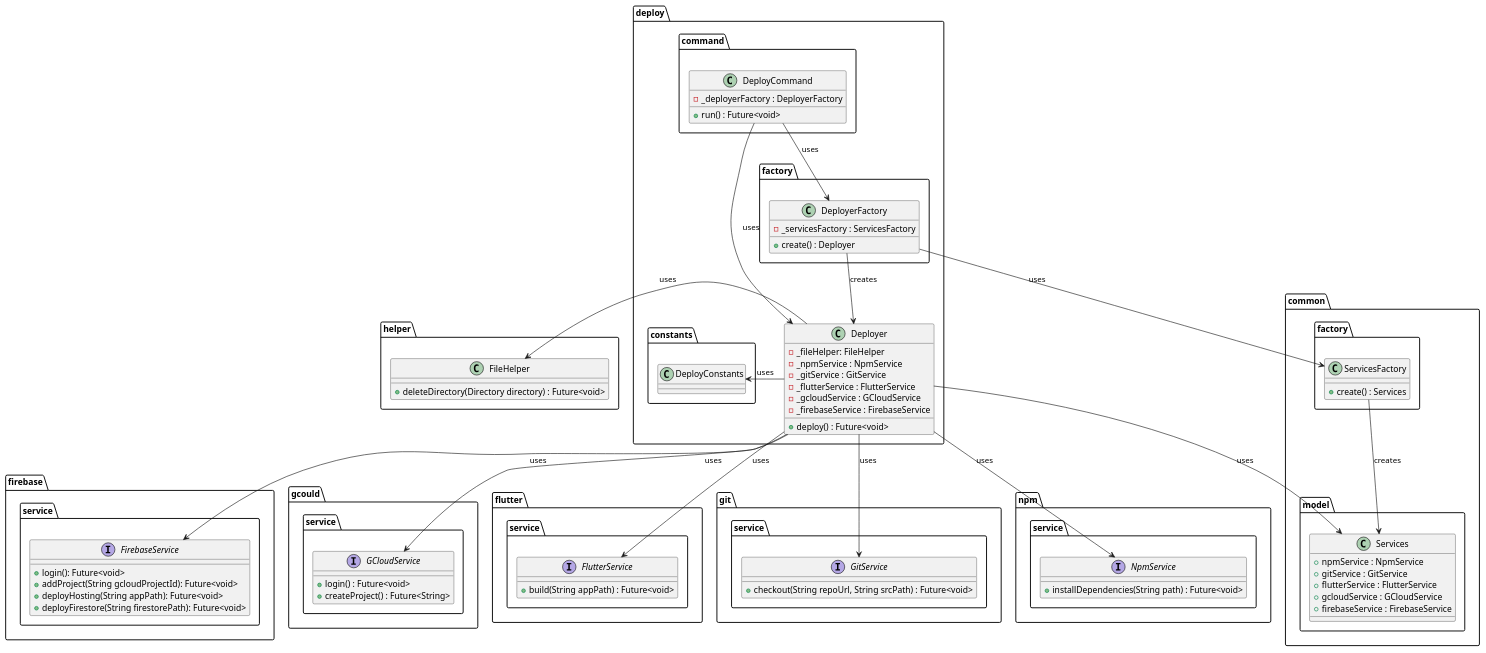
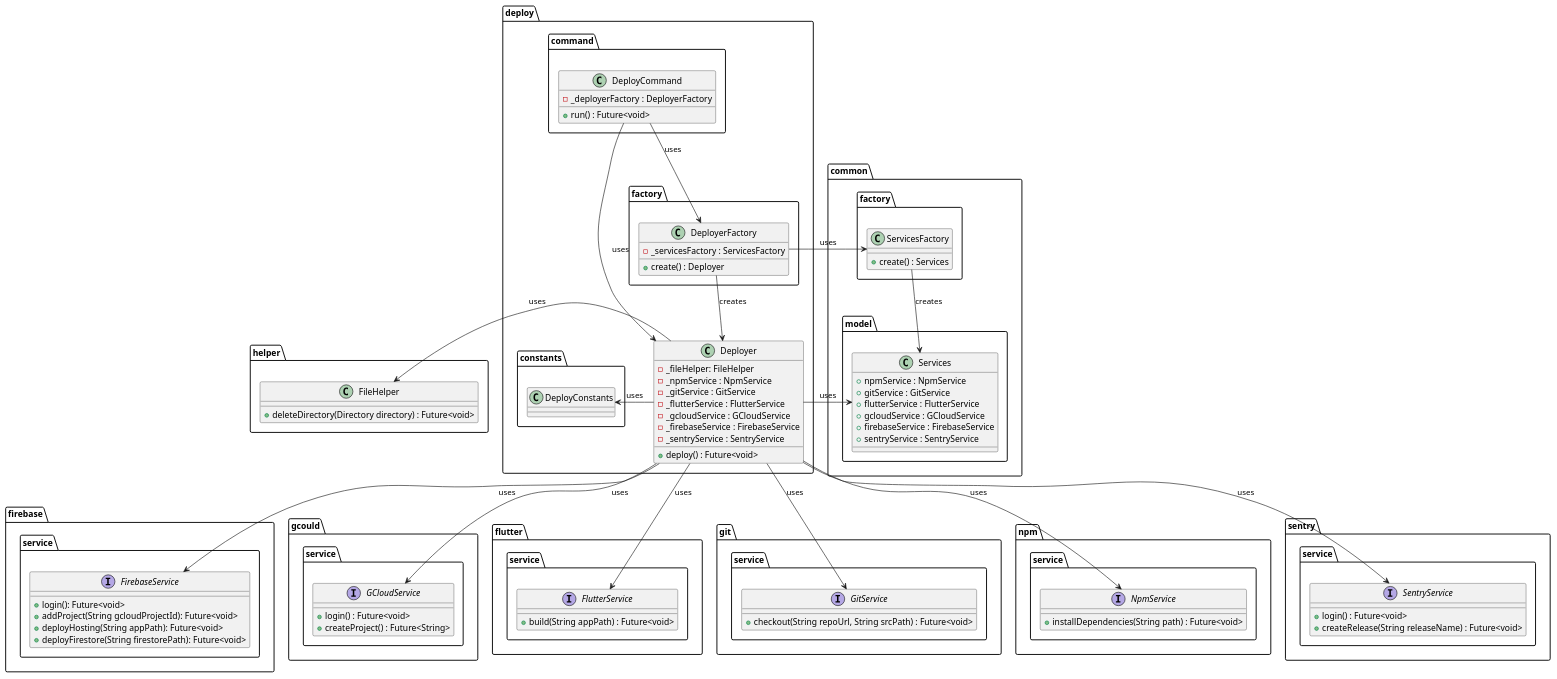
Before and after one commit to Flank/flank-dashboard: the diagram in metrics/cli/docs/diagrams/deploy_command_class_diagram.puml, drawn with PlantUML. The commit also changed 5 other files, not shown here.

```diff
--- a/metrics/cli/docs/diagrams/deploy_command_class_diagram.puml
+++ b/metrics/cli/docs/diagrams/deploy_command_class_diagram.puml
@@ -1,109 +1,119 @@
 @startuml deploy_command_class_diagram
 
 package firebase.service {
     interface FirebaseService {
         + login(): Future<void>
         + addProject(String gcloudProjectId): Future<void>
         + deployHosting(String appPath): Future<void>
         + deployFirestore(String firestorePath): Future<void>
     }
 }
 
 package gcould.service {
     interface GCloudService {
         + login() : Future<void>
         + createProject() : Future<String>
     }
 }
 
 package flutter.service {
     interface FlutterService  {
         + build(String appPath) : Future<void>
     }
 }
 
 package  git.service{
     interface GitService  {
         + checkout(String repoUrl, String srcPath) : Future<void>
     }
 }
 
 package  npm.service {
     interface NpmService  {
         + installDependencies(String path) : Future<void>
     }
 }
 
+package sentry.service{
+    interface SentryService  {
+        + login() : Future<void>
+        + createRelease(String releaseName) : Future<void>
+    }
+}
+
 package common {
     package model {
         class Services {
             + npmService : NpmService
             + gitService : GitService
             + flutterService : FlutterService
             + gcloudService : GCloudService
             + firebaseService : FirebaseService
+            + sentryService : SentryService
         }
     }
 
     package factory as common.factory{
         class ServicesFactory {
             + create() : Services
         }
     }
 }
 
 
 package deploy {
     package command {
         class DeployCommand {
             - _deployerFactory : DeployerFactory
             + run() : Future<void>
         }
     }
 
     package constants {
         class DeployConstants{}
     }
 
     package factory {
         class DeployerFactory {
             - _servicesFactory : ServicesFactory
             + create() : Deployer
         }
     }
 
     class Deployer {
         - _fileHelper: FileHelper
         - _npmService : NpmService
         - _gitService : GitService
         - _flutterService : FlutterService
         - _gcloudService : GCloudService
         - _firebaseService : FirebaseService
+        - _sentryService : SentryService
         + deploy() : Future<void>
     }
 }
 
 package helper {
     class FileHelper {
         + deleteDirectory(Directory directory) : Future<void>
     }
 }
 
 Deployer -down-> NpmService : uses
 Deployer -down-> GitService : uses
 Deployer -down-> FlutterService : uses
 Deployer -down-> GCloudService : uses
 Deployer -down-> FirebaseService : uses
+Deployer -down-> SentryService : uses
 Deployer -left-> FileHelper : uses
 Deployer -> DeployConstants : uses
 Deployer -> Services : uses
 
 DeployCommand -down-> Deployer : uses
 DeployCommand -down-> DeployerFactory : uses
-DeployerFactory --> ServicesFactory : uses
+DeployerFactory -left-> ServicesFactory : uses
 
 ServicesFactory --> Services : creates
 
 DeployerFactory --> Deployer : creates
 
 @enduml
```
